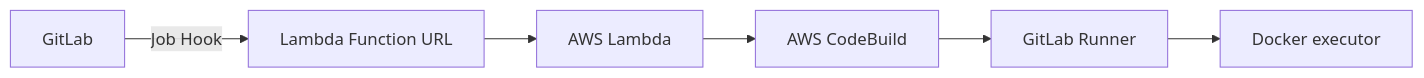
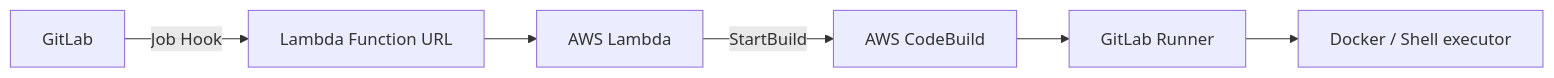
One commit to ngyuki-sandbox/aws-sandbox changed the diagram in aws-codebuild-gitlab-docker-runner/README.md. Above: the diagram before and after it, drawn with Mermaid. The commit also changed other lines of this file and 8 other files, not shown here.

Commit message:
aws-codebuild-gitlab-docker-runner

````diff
--- a/aws-codebuild-gitlab-docker-runner/README.md
+++ b/aws-codebuild-gitlab-docker-runner/README.md
@@ -7,8 +14,8 @@
 ```mermaid
 flowchart LR
     gitlab[GitLab] -->|Job Hook| functionUrl[Lambda Function URL]
     functionUrl --> lambda[AWS Lambda]
-    lambda --> codebuild[AWS CodeBuild]
+    lambda -->|StartBuild| codebuild[AWS CodeBuild]
     codebuild --> runner[GitLab Runner]
-    runner --> executor[Docker executor]
+    runner --> executor[Docker / Shell executor]
 ```
````
